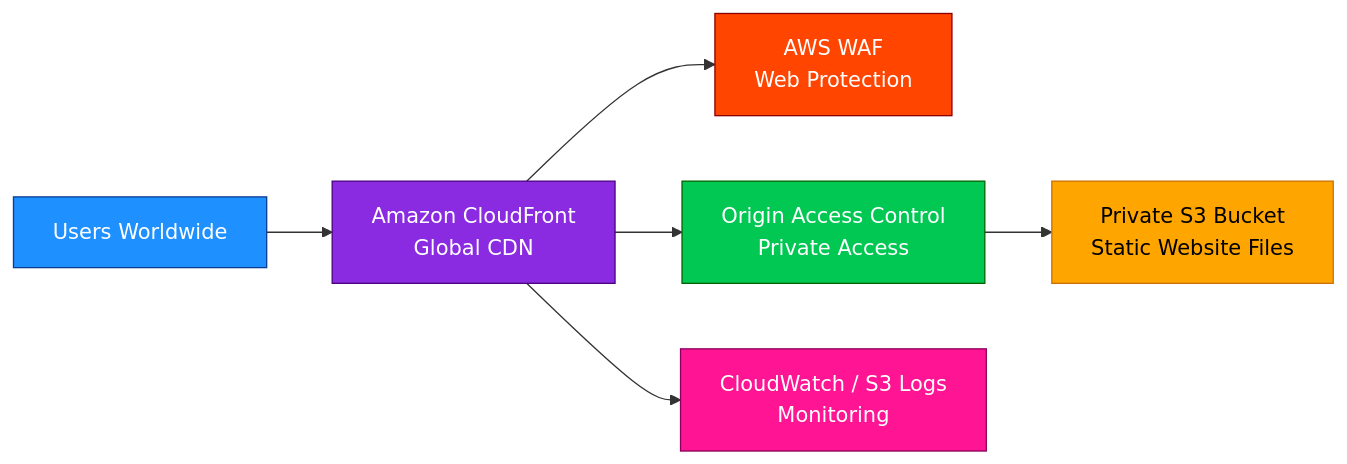
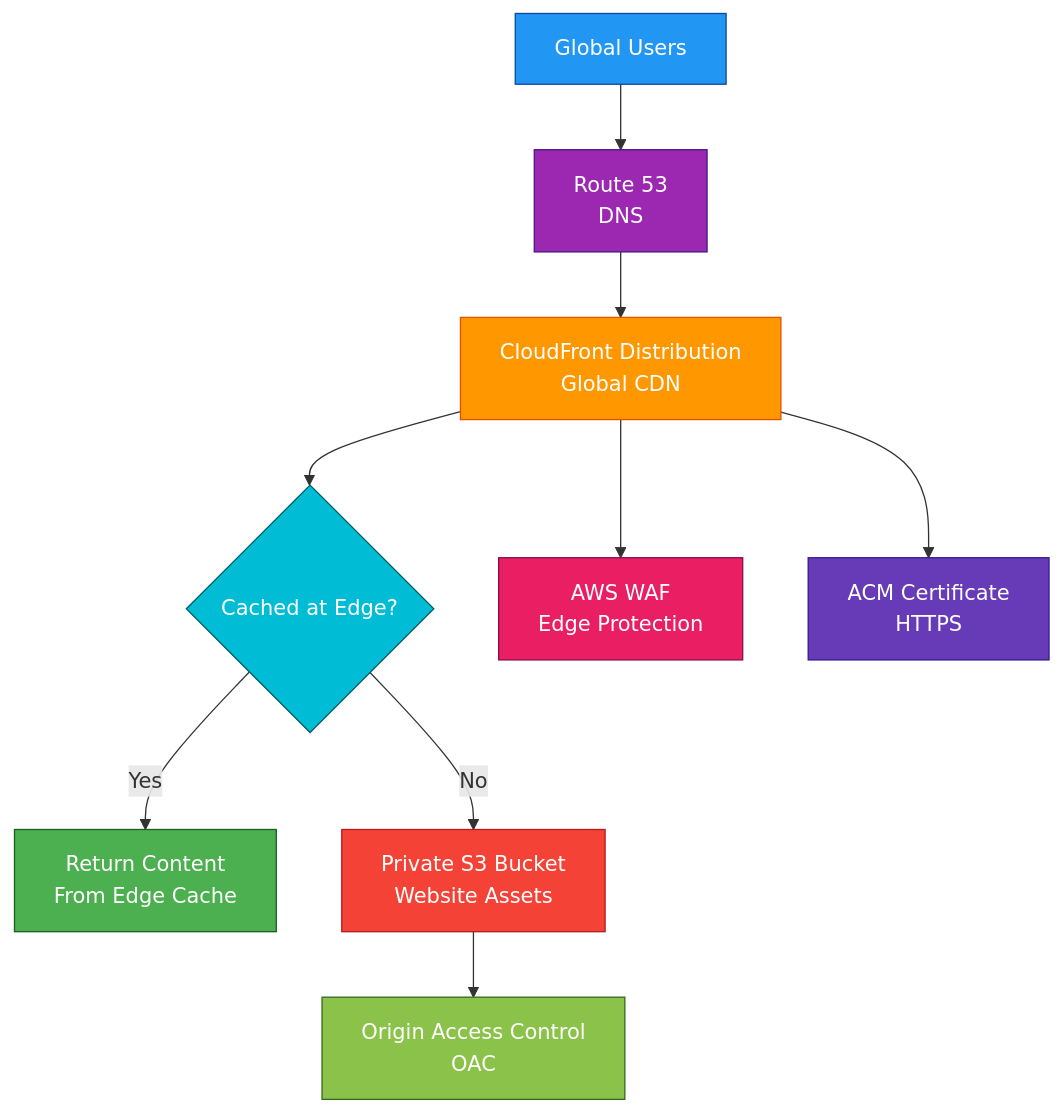
The second of 2 diagrams in notes/CloudFront.md (hsabit01/aws-study-guide), drawn with Mermaid before and after one commit. The commit also changed other lines of this file and 32 other files, not shown here.

````diff
--- a/notes/CloudFront.md
+++ b/notes/CloudFront.md
@@ -728,15 +849,24 @@
 ```mermaid
-flowchart LR
-    User[Users Worldwide] --> CF[Amazon CloudFront<br/>Global CDN]
-    CF --> WAF[AWS WAF<br/>Web Protection]
-    CF --> OAC[Origin Access Control<br/>Private Access]
-    OAC --> S3[Private S3 Bucket<br/>Static Website Files]
-    CF --> Logs[CloudWatch / S3 Logs<br/>Monitoring]
+flowchart TD
+    A[Global Users] --> B[Route 53<br/>DNS]
+    B --> C[CloudFront Distribution<br/>Global CDN]
+    C --> D{Cached at Edge?}
 
-    style User fill:#1E90FF,stroke:#0B3D91,color:#ffffff
-    style CF fill:#8A2BE2,stroke:#4B0082,color:#ffffff
-    style WAF fill:#FF4500,stroke:#8B0000,color:#ffffff
-    style OAC fill:#00C853,stroke:#006400,color:#ffffff
-    style S3 fill:#FFA500,stroke:#CC7000,color:#000000
-    style Logs fill:#FF1493,stroke:#8B005D,color:#ffffff
+    D -->|Yes| E[Return Content<br/>From Edge Cache]
+    D -->|No| F[Private S3 Bucket<br/>Website Assets]
+
+    C --> G[AWS WAF<br/>Edge Protection]
+    C --> H[ACM Certificate<br/>HTTPS]
+
+    F --> I[Origin Access Control<br/>OAC]
+
+    style A fill:#2196F3,stroke:#0D47A1,color:#fff
+    style B fill:#9C27B0,stroke:#4A148C,color:#fff
+    style C fill:#FF9800,stroke:#E65100,color:#fff
+    style D fill:#00BCD4,stroke:#006064,color:#fff
+    style E fill:#4CAF50,stroke:#1B5E20,color:#fff
+    style F fill:#F44336,stroke:#B71C1C,color:#fff
+    style G fill:#E91E63,stroke:#880E4F,color:#fff
+    style H fill:#673AB7,stroke:#311B92,color:#fff
+    style I fill:#8BC34A,stroke:#33691E,color:#fff
 ```
````
